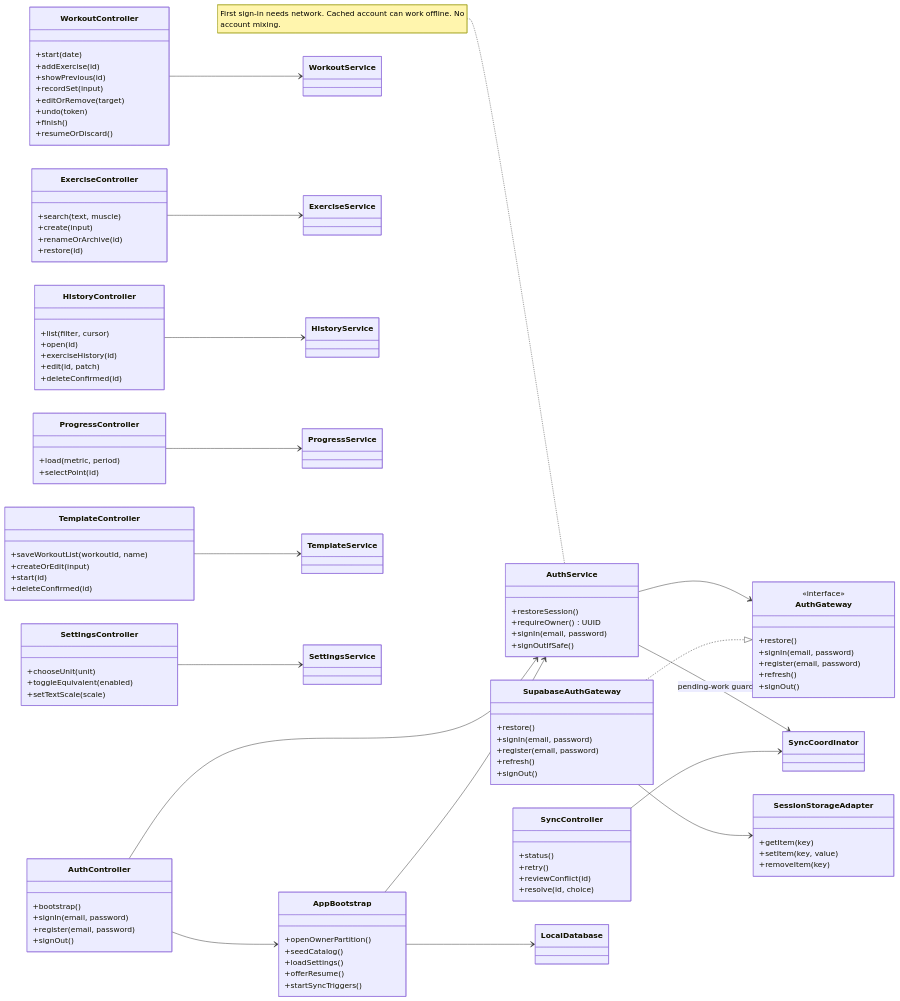
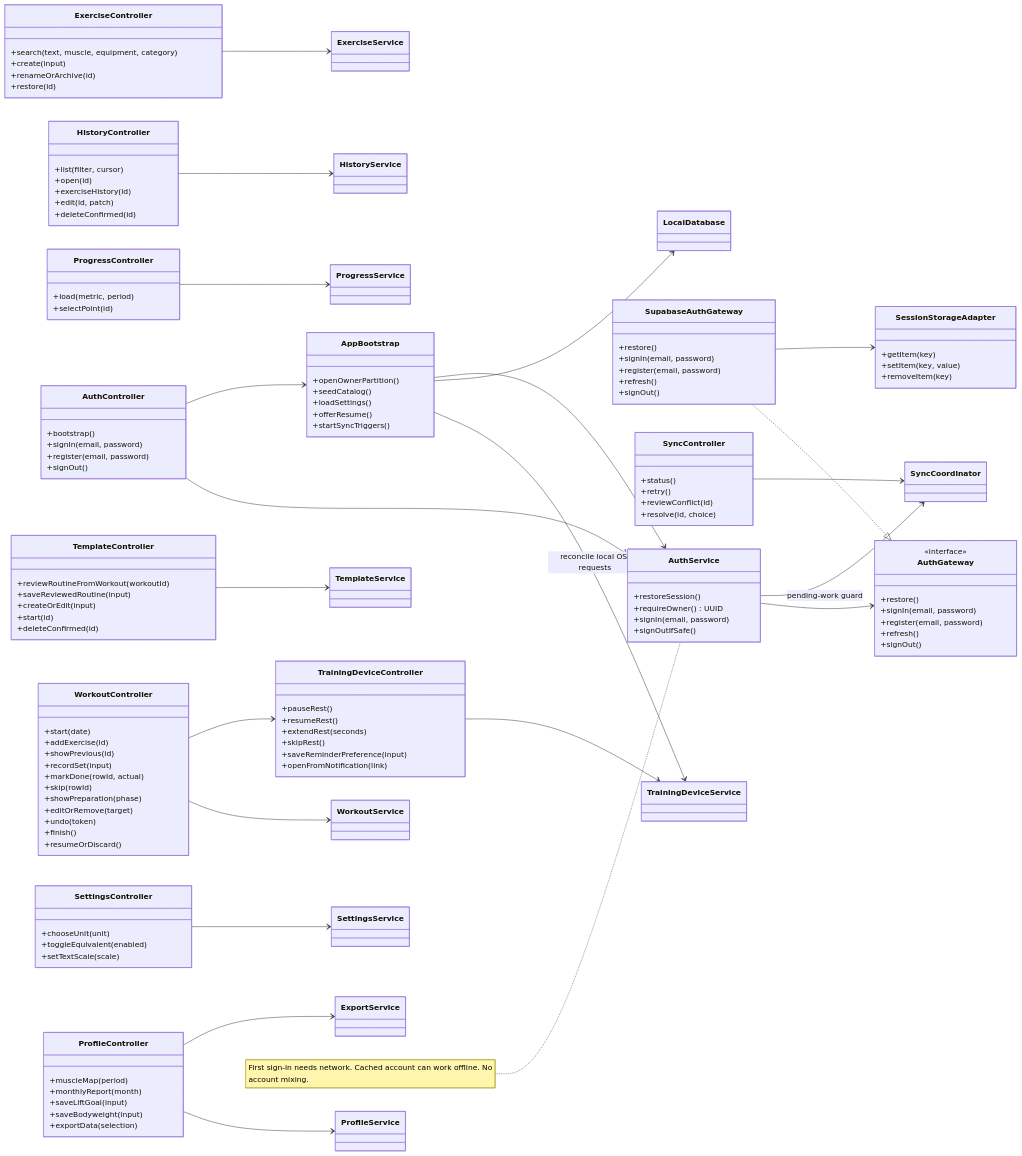
One commit to SebasLopez2005/SWEProject1 changed the sixth of 50 diagrams in docs/part2/design/README.md. Above: the diagram before and after it, drawn with Mermaid. The commit also changed other lines of this file and 47 other files, not shown here.

First line of the commit message:
Commit the planned-training design baseline used as One Shot 1 input

```diff
--- a/docs/part2/design/README.md
+++ b/docs/part2/design/README.md
@@ -386,13 +543,16 @@
       +addExercise(id)
       +showPrevious(id)
       +recordSet(input)
+      +markDone(rowId, actual)
+      +skip(rowId)
+      +showPreparation(phase)
       +editOrRemove(target)
       +undo(token)
       +finish()
       +resumeOrDiscard()
     }
     class ExerciseController {
-      +search(text, muscle)
+      +search(text, muscle, equipment, category)
       +create(input)
       +renameOrArchive(id)
       +restore(id)
@@ -409,7 +569,8 @@
       +selectPoint(id)
     }
     class TemplateController {
-      +saveWorkoutList(workoutId, name)
+      +reviewRoutineFromWorkout(workoutId)
+      +saveReviewedRoutine(input)
       +createOrEdit(input)
       +start(id)
       +deleteConfirmed(id)
@@ -418,6 +579,21 @@
       +chooseUnit(unit)
       +toggleEquivalent(enabled)
       +setTextScale(scale)
+    }
+    class ProfileController {
+      +muscleMap(period)
+      +monthlyReport(month)
+      +saveLiftGoal(input)
+      +saveBodyweight(input)
+      +exportData(selection)
+    }
+    class TrainingDeviceController {
+      +pauseRest()
+      +resumeRest()
+      +extendRest(seconds)
+      +skipRest()
+      +saveReminderPreference(input)
+      +openFromNotification(link)
     }
     class SyncController {
       +status()
@@ -439,12 +615,17 @@
     AuthService --> SyncCoordinator : pending-work guard
     AuthController --> AppBootstrap
     WorkoutController --> WorkoutService
+    WorkoutController --> TrainingDeviceController
     ExerciseController --> ExerciseService
     HistoryController --> HistoryService
     ProgressController --> ProgressService
     TemplateController --> TemplateService
     SettingsController --> SettingsService
     SyncController --> SyncCoordinator
+    ProfileController --> ProfileService
+    ProfileController --> ExportService
+    TrainingDeviceController --> TrainingDeviceService
+    AppBootstrap --> TrainingDeviceService : reconcile local OS requests
     AppBootstrap --> LocalDatabase
     AppBootstrap --> AuthService
     note for AuthService "First sign-in needs network. Cached account can work offline. No<br/>account mixing."
```
